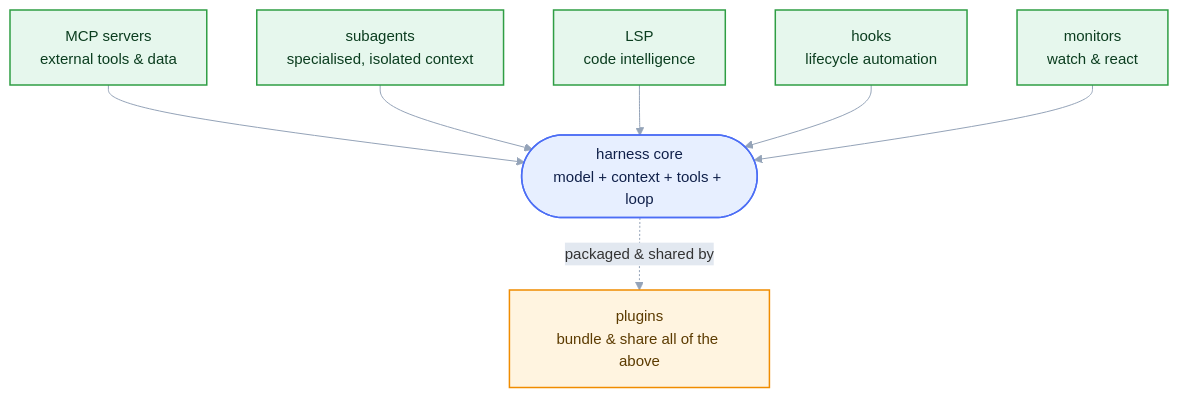
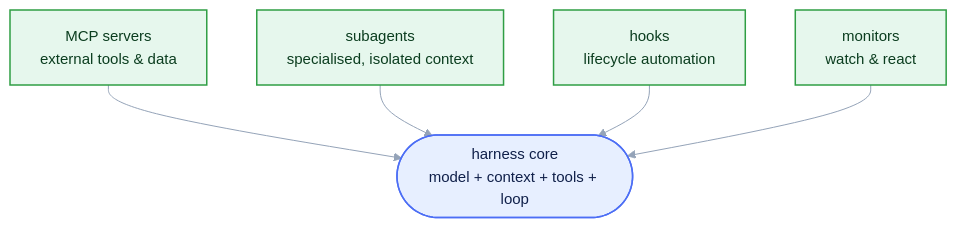
Before and after one commit to eic/tutorial-mcp: the second of 4 diagrams in episodes/01-why-genai-for-physics.md, drawn with Mermaid. The commit also changed other lines of this file, not shown here.

First line of the commit message:
Episode 1: trim extensions — drop LSP and plugins, keep hooks/monitors as prose

````diff
--- a/episodes/01-why-genai-for-physics.md
+++ b/episodes/01-why-genai-for-physics.md
@@ -150,16 +150,13 @@
 ```mermaid
 %%{init: {'theme':'base', 'themeVariables': {'fontSize':'15px','lineColor':'#94a3b8','edgeLabelBackground':'#e2e8f0','clusterBkg':'#1f293720','clusterBorder':'#94a3b8','titleColor':'#94a3b8'}}}%%
 flowchart TB
     accTitle: {AI agent harness}
     accDescr: {AI agent harness}
     MCP["MCP servers<br/>external tools & data"]:::tool --> H
     SUB["subagents<br/>specialised, isolated context"]:::tool --> H
-    LSP["LSP<br/>code intelligence"]:::tool --> H
     HOOKS["hooks<br/>lifecycle automation"]:::tool --> H
     MON["monitors<br/>watch & react"]:::tool --> H
     H(["harness core<br/>model + context + tools + loop"]):::core
-    H -. "packaged & shared by" .-> PLUG["plugins<br/>bundle & share all of the above"]:::pkg
     classDef core fill:#e7efff,stroke:#4c6ef5,stroke-width:1.5px,color:#10204a;
     classDef tool fill:#e6f7ed,stroke:#2f9e44,stroke-width:1.5px,color:#0b3d1f;
-    classDef pkg fill:#fff4e0,stroke:#f08c00,stroke-width:1.5px,color:#5c3b00;
 ```
````
